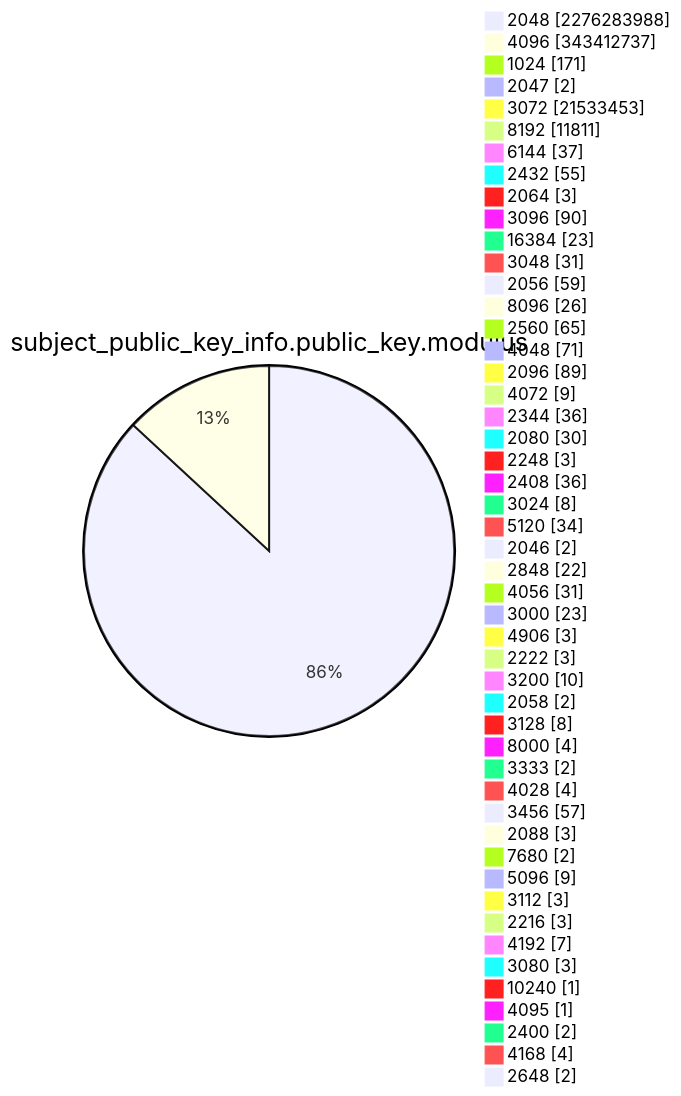
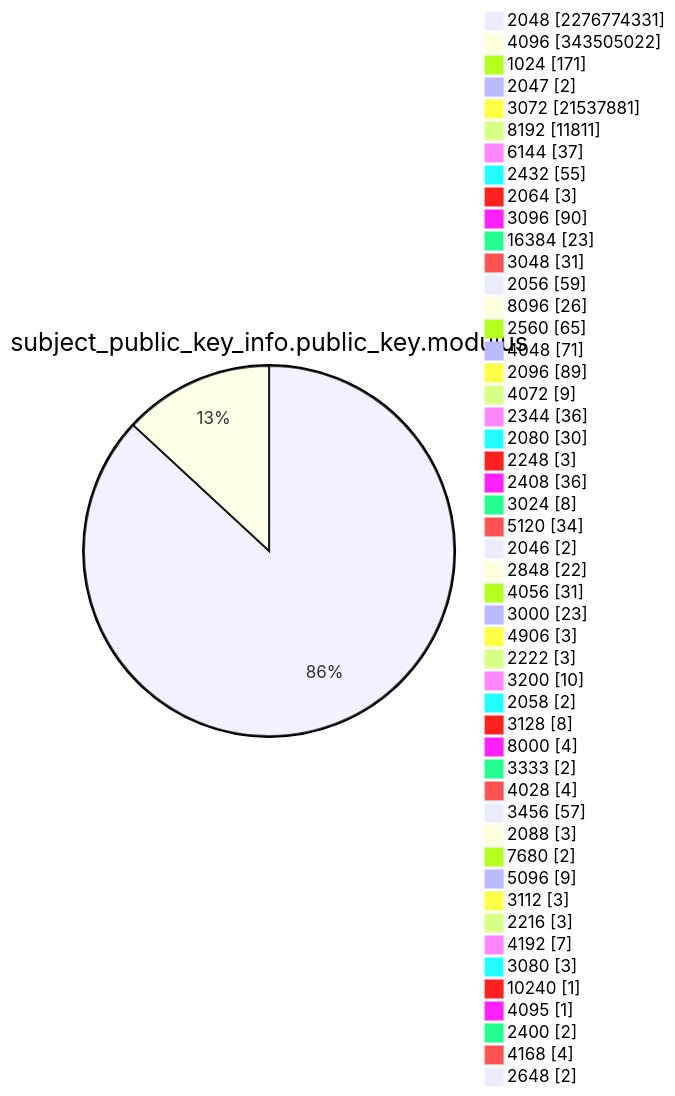
Before and after one commit to christiankrug/ctmonitor_visualization: diagram 13 of 15 in TOTAL/README.md, drawn with Mermaid. The commit also changed other lines of this file, not shown here.

````diff
--- a/TOTAL/README.md
+++ b/TOTAL/README.md
@@ -4167,53 +4167,53 @@
 ```mermaid
 pie showData
 title subject_public_key_info.public_key.modulus
-"2048" :2276283988
-"4096" :343412737
+"2048" :2276774331
+"4096" :343505022
 "1024" :171
 "2047" :2
-"3072" :21533453
+"3072" :21537881
 "8192" :11811
 "6144" :37
 "2432" :55
 "2064" :3
 "3096" :90
 "16384" :23
 "3048" :31
 "2056" :59
 "8096" :26
 "2560" :65
 "4048" :71
 "2096" :89
 "4072" :9
 "2344" :36
 "2080" :30
 "2248" :3
 "2408" :36
 "3024" :8
 "5120" :34
 "2046" :2
 "2848" :22
 "4056" :31
 "3000" :23
 "4906" :3
 "2222" :3
 "3200" :10
 "2058" :2
 "3128" :8
 "8000" :4
 "3333" :2
 "4028" :4
 "3456" :57
 "2088" :3
 "7680" :2
 "5096" :9
 "3112" :3
 "2216" :3
 "4192" :7
 "3080" :3
 "10240" :1
 "4095" :1
 "2400" :2
 "4168" :4
 "2648" :2
 ```
````
